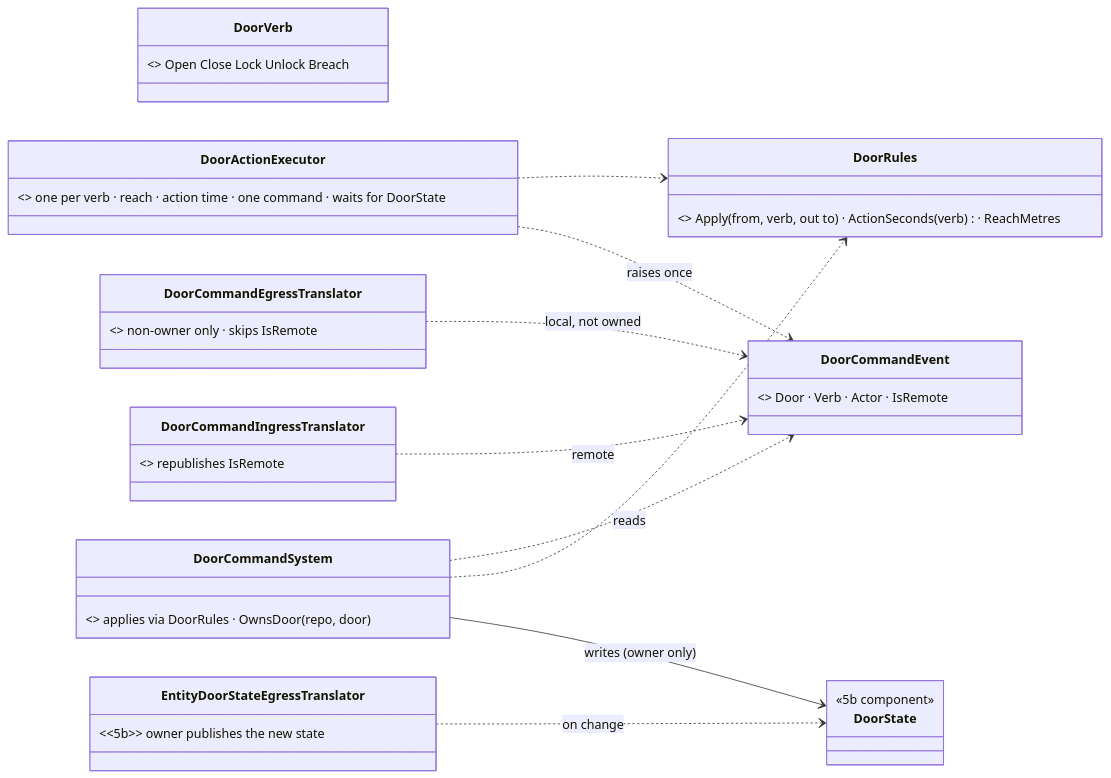
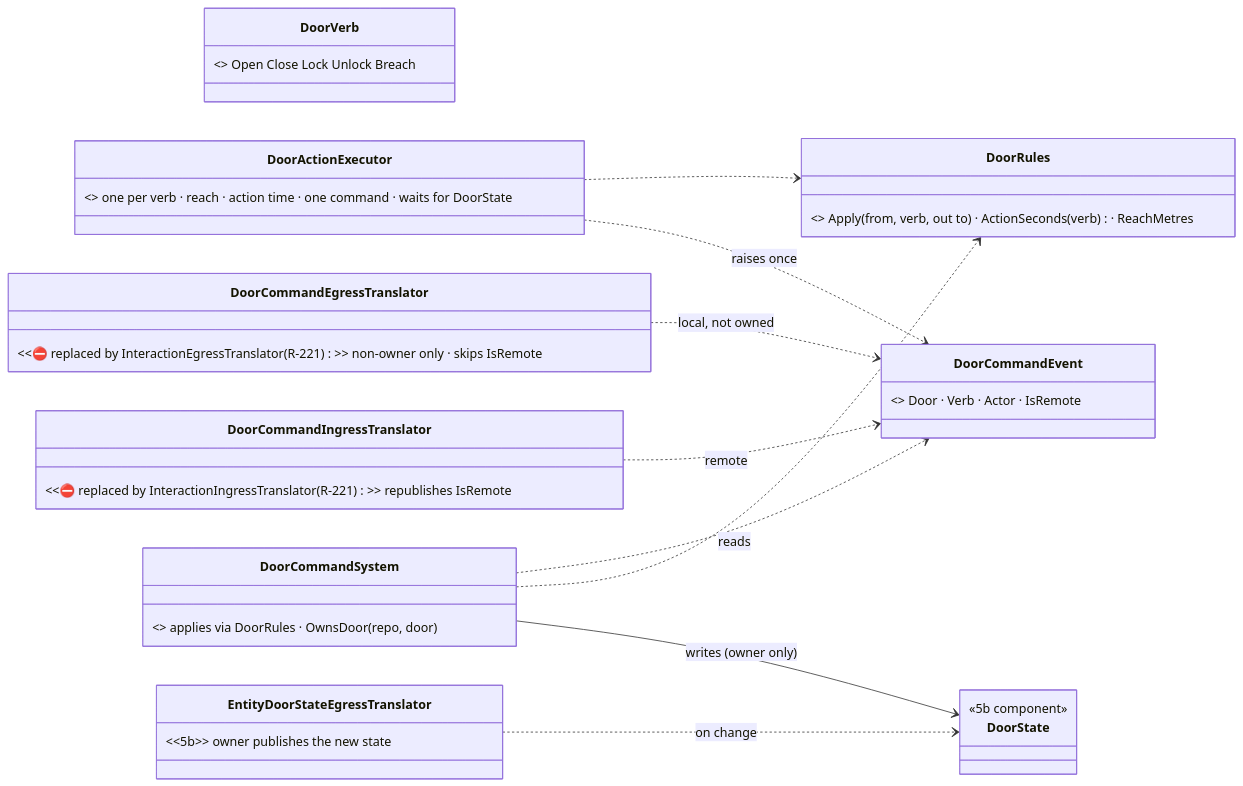
Diagram 17 of 22 in docs/DESIGN_Building_Interiors.md (pjanec/HROT), drawn with Mermaid before and after one commit. The commit also changed other lines of this file and 10 other files, not shown here.

````diff
--- a/docs/DESIGN_Building_Interiors.md
+++ b/docs/DESIGN_Building_Interiors.md
@@ -787,21 +787,21 @@
 ```mermaid
 classDiagram
     direction LR
     class DoorVerb { <<NEW enum>> Open Close Lock Unlock Breach }
     class DoorRules { <<NEW static>> Apply(from, verb, out to) · ActionSeconds(verb) · ReachMetres }
     class DoorCommandEvent { <<NEW event 5100>> Door · Verb · Actor · IsRemote }
     class DoorCommandSystem { <<NEW, owner>> applies via DoorRules · OwnsDoor(repo, door) }
     class DoorActionExecutor { <<NEW, replaces stub>> one per verb · reach · action time · one command · waits for DoorState }
-    class DoorCommandEgressTranslator { <<NEW>> non-owner only · skips IsRemote }
-    class DoorCommandIngressTranslator { <<NEW>> republishes IsRemote }
+    class DoorCommandEgressTranslator { <<⛔ replaced by InteractionEgressTranslator (R-221)>> non-owner only · skips IsRemote }
+    class DoorCommandIngressTranslator { <<⛔ replaced by InteractionIngressTranslator (R-221)>> republishes IsRemote }
     class EntityDoorStateEgressTranslator { <<5b>> owner publishes the new state }
     class DoorState { <<5b component>> }
     DoorActionExecutor ..> DoorRules
     DoorActionExecutor ..> DoorCommandEvent : raises once
     DoorCommandSystem ..> DoorCommandEvent : reads
     DoorCommandSystem ..> DoorRules
     DoorCommandSystem --> DoorState : writes (owner only)
     DoorCommandEgressTranslator ..> DoorCommandEvent : local, not owned
     DoorCommandIngressTranslator ..> DoorCommandEvent : remote
     EntityDoorStateEgressTranslator ..> DoorState : on change
 ```
````
